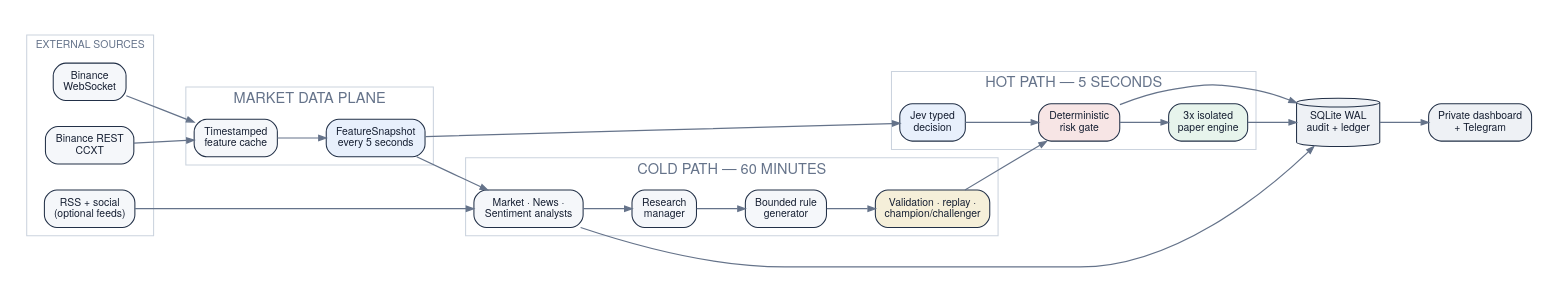
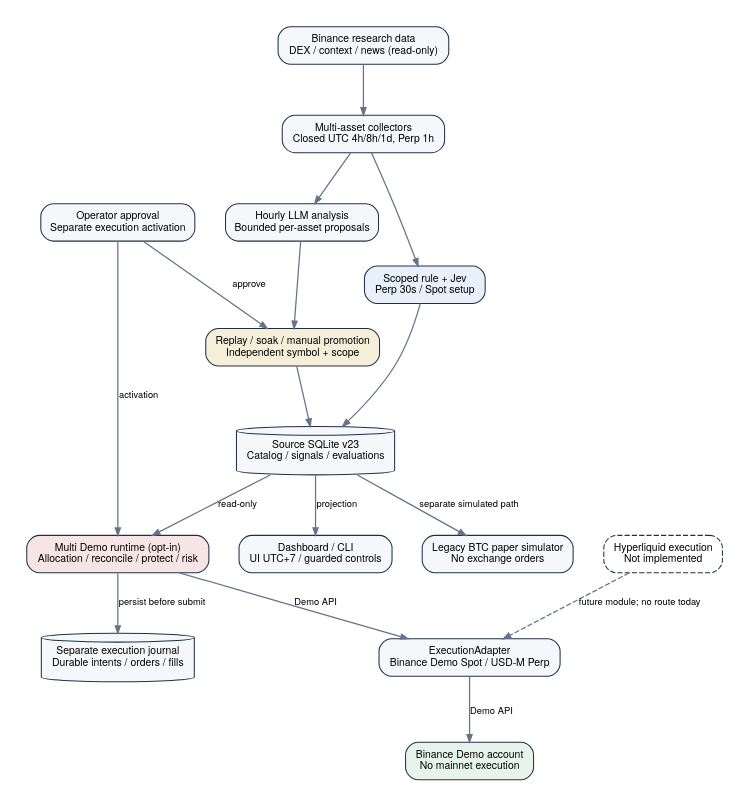
One commit to juliuss1907/AIgorithmic-trading changed the diagram in docs/diagrams/crypto-intraday-architecture.dot. Above: the diagram before and after it, drawn with Graphviz. The commit also changed 11 other files, not shown here.

First line of the commit message:
docs: refresh System Plan diagrams and design exports

```diff
--- a/docs/diagrams/crypto-intraday-architecture.dot
+++ b/docs/diagrams/crypto-intraday-architecture.dot
@@ -1,74 +1,30 @@
+// Current AIGT code architecture, source v23. Capability is not activation.
 digraph TradingArchitecture {
-  graph [
-    rankdir=LR,
-    bgcolor="white",
-    pad="0.25",
-    nodesep="0.35",
-    ranksep="0.65",
-    fontname="Helvetica Neue"
-  ];
-  node [
-    shape=box,
-    style="rounded,filled",
-    color="#223047",
-    fillcolor="#F5F7FA",
-    fontcolor="#172033",
-    fontname="Helvetica Neue",
-    fontsize=10,
-    margin="0.14,0.09"
-  ];
-  edge [color="#65738A", penwidth=1.2, arrowsize=0.7];
-
-  subgraph cluster_sources {
-    label="EXTERNAL SOURCES";
-    color="#CBD3DE";
-    fontcolor="#65738A";
-    fontsize=10;
-    ws [label="Binance\nWebSocket"];
-    rest [label="Binance REST\nCCXT"];
-    intel [label="RSS + social\n(optional feeds)"];
-  }
-
-  subgraph cluster_data {
-    label="MARKET DATA PLANE";
-    color="#CBD3DE";
-    fontcolor="#65738A";
-    cache [label="Timestamped\nfeature cache"];
-    snapshot [label="FeatureSnapshot\nevery 5 seconds", fillcolor="#E8F0FC"];
-  }
-
-  subgraph cluster_cold {
-    label="COLD PATH — 60 MINUTES";
-    color="#CBD3DE";
-    fontcolor="#65738A";
-    analysts [label="Market · News ·\nSentiment analysts"];
-    manager [label="Research\nmanager"];
-    rules [label="Bounded rule\ngenerator"];
-    eval [label="Validation · replay ·\nchampion/challenger", fillcolor="#F5EFD9"];
-  }
-
-  subgraph cluster_hot {
-    label="HOT PATH — 5 SECONDS";
-    color="#CBD3DE";
-    fontcolor="#65738A";
-    jev [label="Jev typed\ndecision", fillcolor="#E8F0FC"];
-    gate [label="Deterministic\nrisk gate", fillcolor="#F7E5E5"];
-    paper [label="3x isolated\npaper engine", fillcolor="#E7F4EC"];
-  }
-
-  db [shape=cylinder, label="SQLite WAL\naudit + ledger", fillcolor="#EEF1F5"];
-  ops [label="Private dashboard\n+ Telegram", fillcolor="#EEF1F5"];
-
-  ws -> cache;
-  rest -> cache;
-  cache -> snapshot;
-  snapshot -> analysts;
-  intel -> analysts;
-  analysts -> manager -> rules -> eval;
-  snapshot -> jev -> gate -> paper;
-  eval -> gate;
-  paper -> db;
-  gate -> db;
-  analysts -> db;
-  db -> ops;
+  graph [rankdir=TB, bgcolor="white", pad="0.25", nodesep="0.4", ranksep="0.65", fontname="Helvetica Neue"];
+  node [shape=box, style="rounded,filled", color="#223047", fillcolor="#F5F7FA", fontname="Helvetica Neue", fontsize=10, margin="0.14,0.09"];
+  edge [color="#65738A", penwidth=1.2, arrowsize=0.7, fontname="Helvetica Neue", fontsize=9];
+  sources [label="Binance research data\nDEX / context / news (read-only)"];
+  collectors [label="Multi-asset collectors\nClosed UTC 4h/8h/1d, Perp 1h"];
+  jev [label="Scoped rule + Jev\nPerp 30s / Spot setup", fillcolor="#E8F0FC"];
+  llm [label="Hourly LLM analysis\nBounded per-asset proposals"];
+  lifecycle [label="Replay / soak / manual promotion\nIndependent symbol + scope", fillcolor="#F5EFD9"];
+  source [shape=cylinder, label="Source SQLite v23\nCatalog / signals / evaluations"];
+  operator [label="Operator approval\nSeparate execution activation"];
+  web [label="Dashboard / CLI\nUI UTC+7 / guarded controls"];
+  runtime [label="Multi Demo runtime (opt-in)\nAllocation / reconcile / protect / risk", fillcolor="#F7E5E5"];
+  adapter [label="ExecutionAdapter\nBinance Demo Spot / USD-M Perp"];
+  demo [label="Binance Demo account\nNo mainnet execution", fillcolor="#E7F4EC"];
+  journal [shape=cylinder, label="Separate execution journal\nDurable intents / orders / fills"];
+  legacy [label="Legacy BTC paper simulator\nNo exchange orders"];
+  future [label="Hyperliquid execution\nNot implemented", style="rounded,dashed"];
+  sources -> collectors -> jev -> source;
+  collectors -> llm -> lifecycle -> source;
+  operator -> lifecycle [label="approve"];
+  source -> web [label="projection"];
+  source -> runtime [label="read-only"];
+  operator -> runtime [label="activation"];
+  runtime -> journal [label="persist before submit"];
+  runtime -> adapter -> demo [label="Demo API"];
+  source -> legacy [label="separate simulated path"];
+  future -> adapter [style=dashed, label="future module; no route today"];
 }
```
